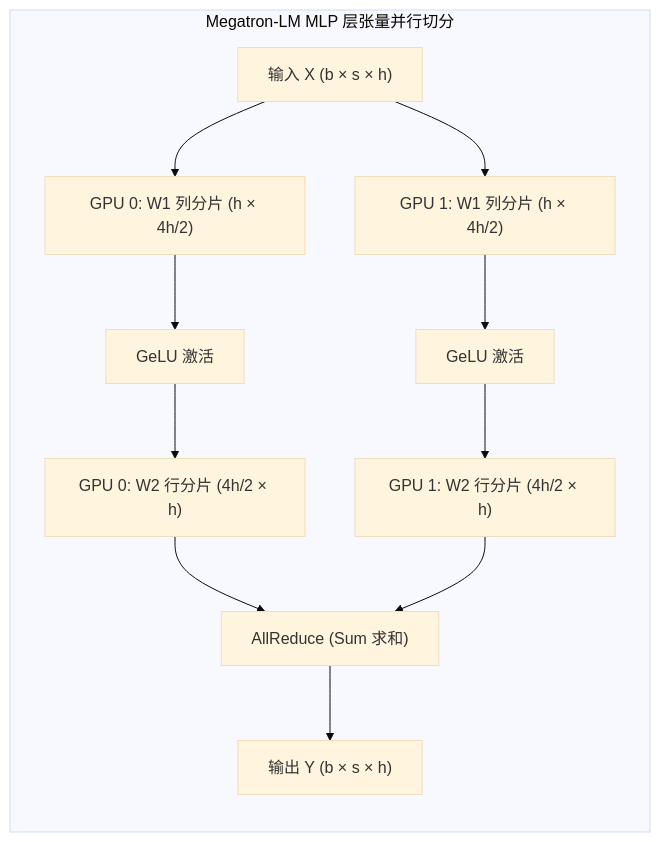
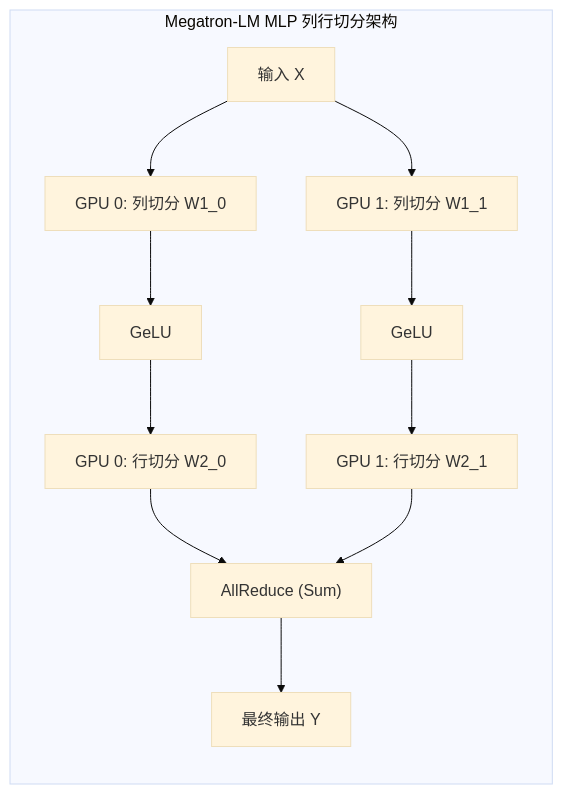
Before and after one commit to hsthanb4/hpclearning: the first of 3 diagrams in train/lesson06.qmd, drawn with Mermaid (base theme). The commit also changed other lines of this file and 205 other files, not shown here.

````diff
--- a/train/lesson06.qmd
+++ b/train/lesson06.qmd
@@ -37,15 +35,14 @@
-```{mermaid}
+```mermaid
 flowchart LR
-    subgraph MLP["Megatron-LM MLP 层张量并行切分"]
+    subgraph MegatronMLP["Megatron-LM MLP 列行切分架构"]
         direction TB
-        X["输入 X (b × s × h)"] --> C1["GPU 0: W1 列分片 (h × 4h/2)"]
-        X --> C2["GPU 1: W1 列分片 (h × 4h/2)"]
-        C1 --> GELU1["GeLU 激活"]
-        C2 --> GELU2["GeLU 激活"]
-        GELU1 --> R1["GPU 0: W2 行分片 (4h/2 × h)"]
-        GELU2 --> R2["GPU 1: W2 行分片 (4h/2 × h)"]
-        R1 --> AR["AllReduce (Sum 求和)"]
-        R2 --> AR
-        AR --> Y["输出 Y (b × s × h)"]
+        X["输入 X"] --> C0["GPU 0: 列切分 W1_0"]
+        X --> C1["GPU 1: 列切分 W1_1"]
+        C0 --> Act0["GeLU"]
+        C1 --> Act1["GeLU"]
+        Act0 --> R0["GPU 0: 行切分 W2_0"]
+        Act1 --> R1["GPU 1: 行切分 W2_1"]
+        R0 & R1 --> AR["AllReduce (Sum)"]
+        AR --> Y["最终输出 Y"]
     end
 ```
````
